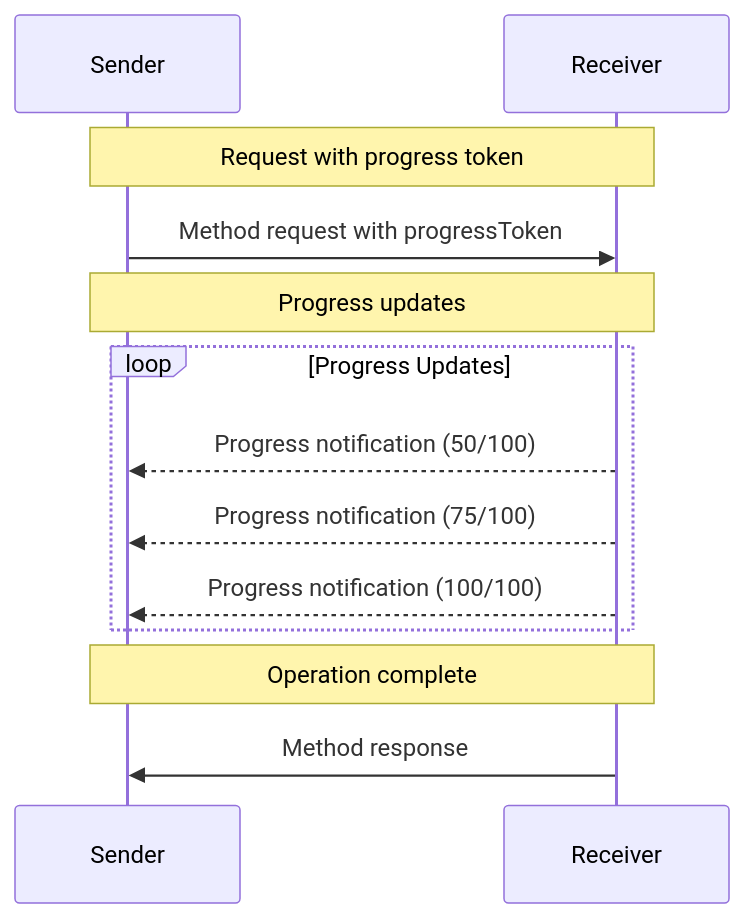
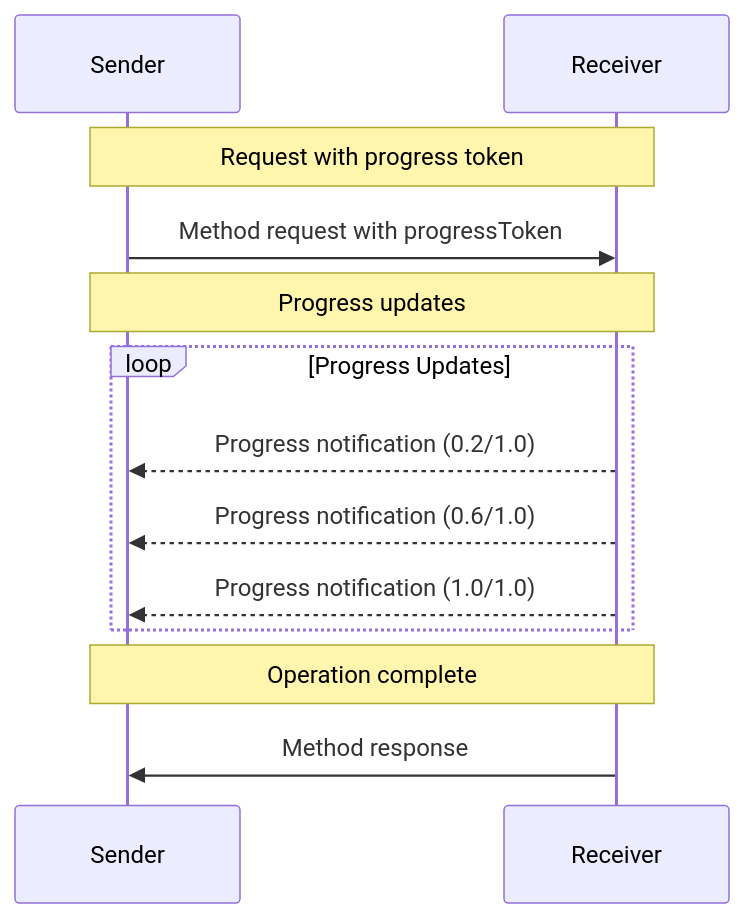
The diagram in docs/specification/basic/utilities/progress.md (zcstarr/modelcontextprotocol), drawn with Mermaid before and after one commit. The commit also changed other lines of this file, not shown here.

````diff
--- a/docs/specification/basic/utilities/progress.md
+++ b/docs/specification/basic/utilities/progress.md
@@ -64,18 +63,18 @@
 ```mermaid
 sequenceDiagram
     participant Sender
     participant Receiver
 
     Note over Sender,Receiver: Request with progress token
     Sender->>Receiver: Method request with progressToken
 
     Note over Sender,Receiver: Progress updates
     loop Progress Updates
-        Receiver-->>Sender: Progress notification (50/100)
-        Receiver-->>Sender: Progress notification (75/100)
-        Receiver-->>Sender: Progress notification (100/100)
+        Receiver-->>Sender: Progress notification (0.2/1.0)
+        Receiver-->>Sender: Progress notification (0.6/1.0)
+        Receiver-->>Sender: Progress notification (1.0/1.0)
     end
 
     Note over Sender,Receiver: Operation complete
     Receiver->>Sender: Method response
 ```
````
